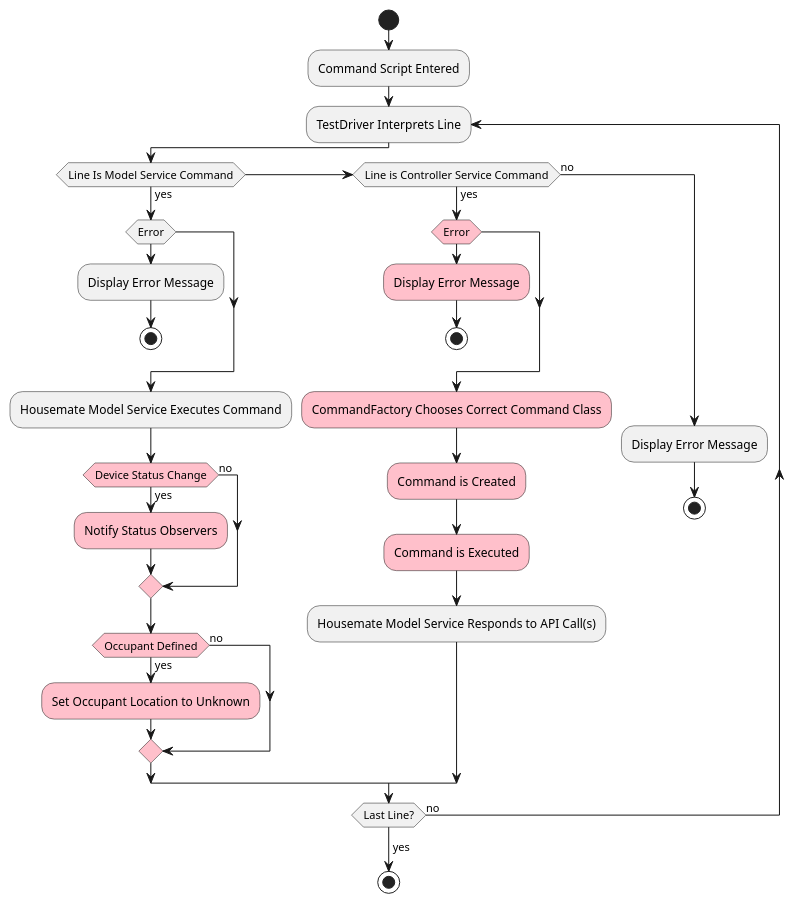
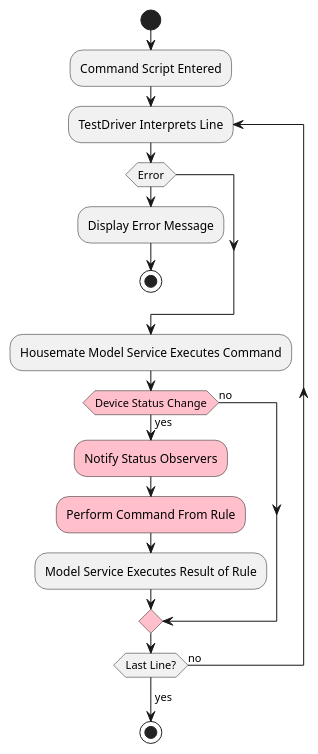
The second of 4 diagrams in cscie97/asn3/design.md (erikorlowski/cscie97), drawn with PlantUML before and after one commit. The commit also changed other lines of this file and 9 other files, not shown here.

````diff
--- a/cscie97/asn3/design.md
+++ b/cscie97/asn3/design.md
@@ -99,37 +101,21 @@
 ```plantuml
 @startuml
 start
 :Command Script Entered;
 repeat :TestDriver Interprets Line;
-    if (Line Is Model Service Command) then (yes)
         if (Error) then
             :Display Error Message;
             stop
         endif
         :Housemate Model Service Executes Command;
         #Pink:if (Device Status Change) then (yes)
             #Pink:Notify Status Observers;
+            #Pink:Perform Command From Rule;
+            :Model Service Executes Result of Rule;
         else (no)
         endif
-        #Pink:if (Occupant Defined) then (yes)
-            #Pink:Set Occupant Location to Unknown;
-        else (no)
-        endif
-    elseif (Line is Controller Service Command) then (yes)
-        #Pink:if (Error) then
-            #Pink:Display Error Message;
-            stop
-        endif
-        #Pink:CommandFactory Chooses Correct Command Class;
-        #Pink:Command is Created;
-        #Pink:Command is Executed;
-        :Housemate Model Service Responds to API Call(s);
-    else (no)
-        :Display Error Message;
-        stop
-    endif
 repeat while (Last Line?) is (no)
 ->yes;
 stop
 @enduml
 ```
````
